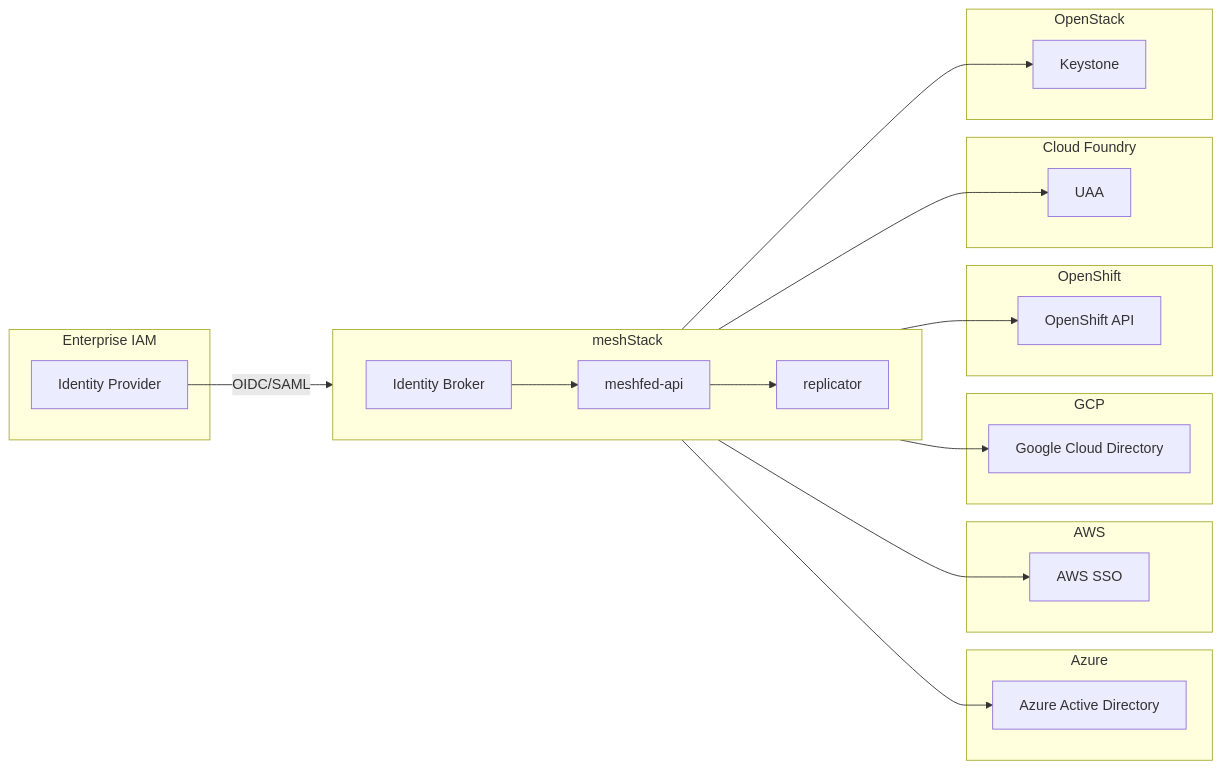
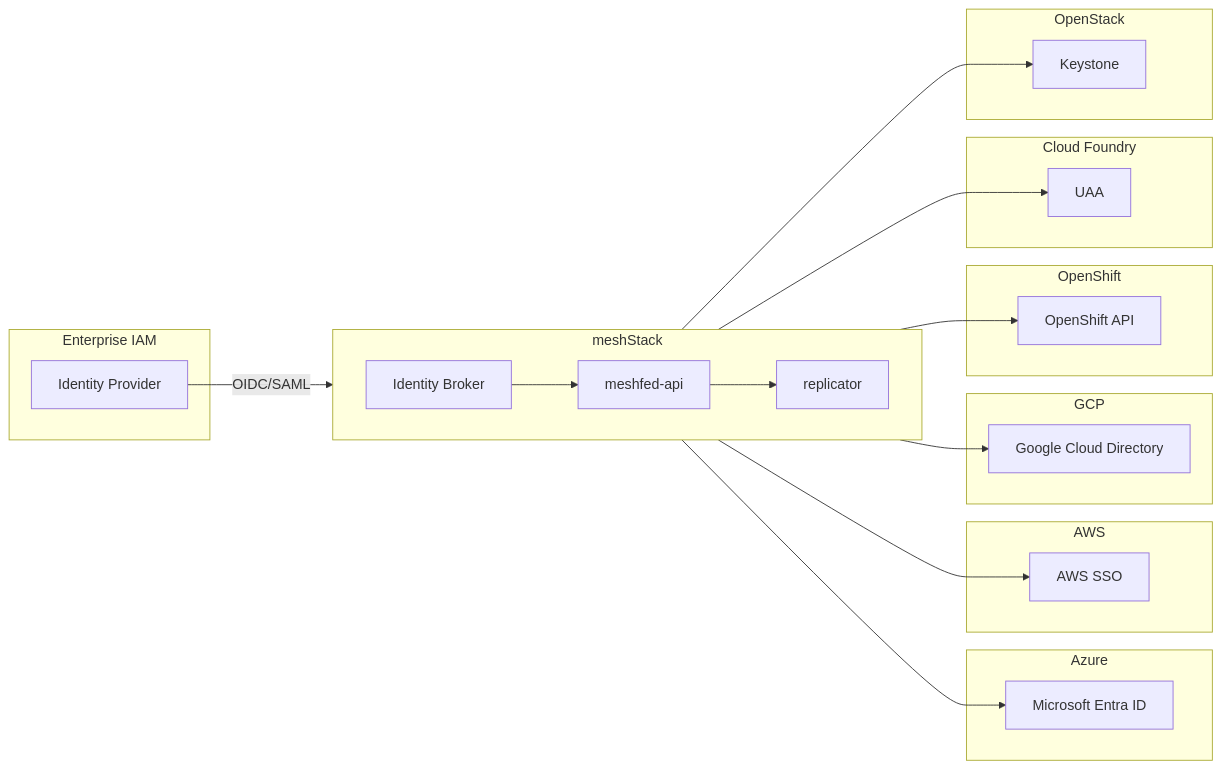
One commit to meshcloud/meshcloud-docs changed the first of 4 diagrams in docs/concepts/identity-and-access-management.md. Above: the diagram before and after it, drawn with Mermaid. The commit also changed other lines of this file and 12 other files, not shown here.

First line of the commit message:
docs: Replace AAD/Azure AD with Microsoft Entra ID

````diff
--- a/docs/concepts/identity-and-access-management.md
+++ b/docs/concepts/identity-and-access-management.md
@@ -12,37 +12,37 @@
 ```mermaid
 graph LR;
     subgraph Enterprise IAM
       IdP["Identity Provider"];
     end
     subgraph meshStack
       direction LR;
       IdB["Identity Broker"]-->meshfed;
       meshfed[meshfed-api]-->replicator;
       replicator[replicator];
     end
     IdP--OIDC/SAML-->IdB
     subgraph Azure
-      aad["Azure Active Directory"];
+      aad["Microsoft Entra ID"];
     end
     subgraph AWS
       awssso["AWS SSO"];
     end
     subgraph GCP
       gcd["Google Cloud Directory"];
     end
     subgraph OpenShift
       openshift["OpenShift API"];
     end
     subgraph Cloud Foundry
       uaa["UAA"];
     end
     subgraph OpenStack
       keystone["Keystone"];
     end
     replicator-->keystone;
     replicator-->uaa;
     replicator-->aad;
     replicator-->awssso;
     replicator-->gcd;
     replicator-->openshift;
 ```
````
